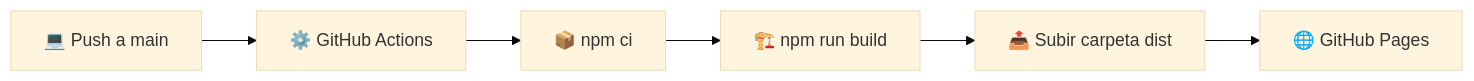
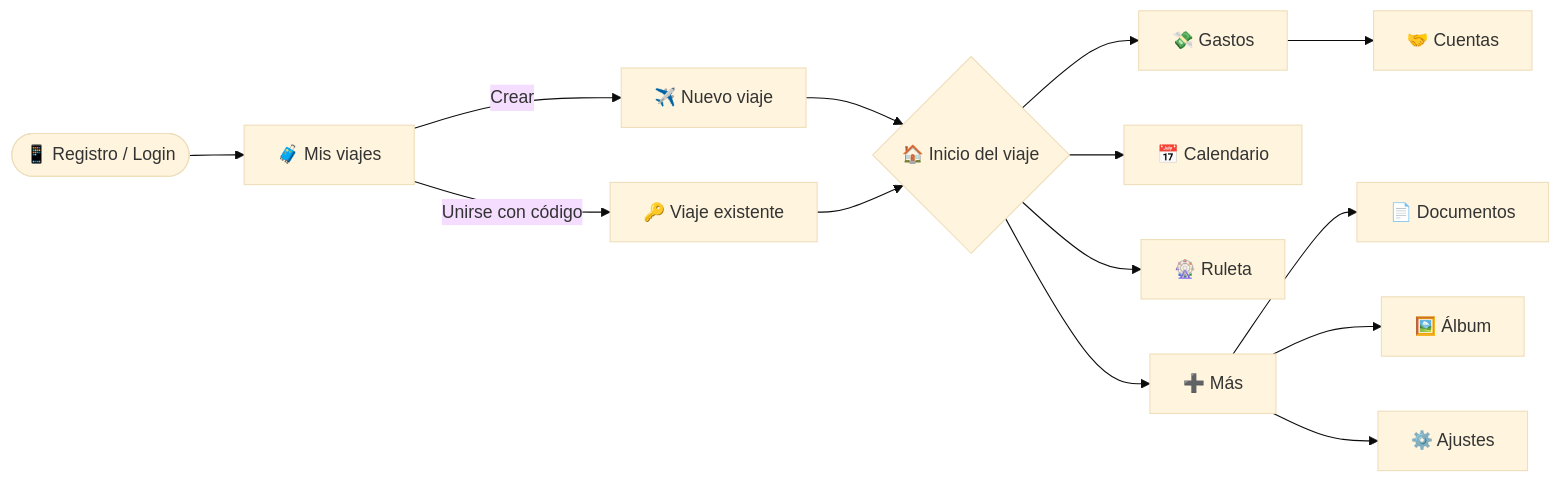
One commit to angelalop03/TripEAs-app changed the first of 2 diagrams in README.md. Above: the diagram before and after it, drawn with Mermaid (base theme). The commit also changed other lines of this file, not shown here.

````diff
--- a/README.md
+++ b/README.md
@@ -177,8 +122,16 @@
 ```mermaid
 flowchart LR
-    A[💻 Push a main] --> B[⚙️ GitHub Actions]
-    B --> C[📦 npm ci]
-    C --> D[🏗️ npm run build]
-    D --> E[📤 Subir carpeta dist]
-    E --> F[🌐 GitHub Pages]
+    A([📱 Registro / Login]) --> B[🧳 Mis viajes]
+    B -- Crear --> C[✈️ Nuevo viaje]
+    B -- Unirse con código --> D[🔑 Viaje existente]
+    C --> E{🏠 Inicio del viaje}
+    D --> E
+    E --> F[💸 Gastos]
+    E --> G[📅 Calendario]
+    E --> H[🎡 Ruleta]
+    E --> I[➕ Más]
+    F --> F2[🤝 Cuentas]
+    I --> J[📄 Documentos]
+    I --> K[🖼️ Álbum]
+    I --> L[⚙️ Ajustes]
 ```
````
